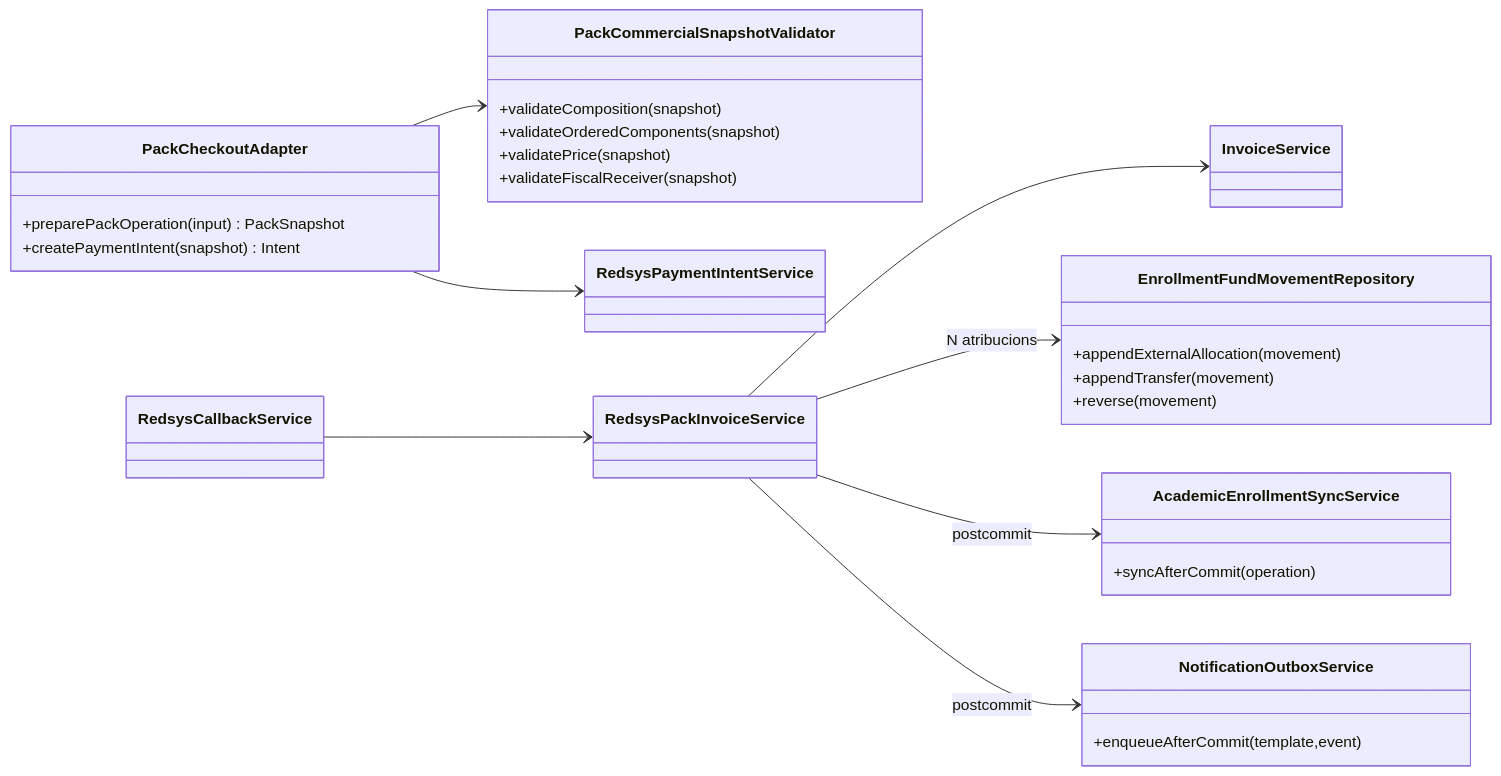
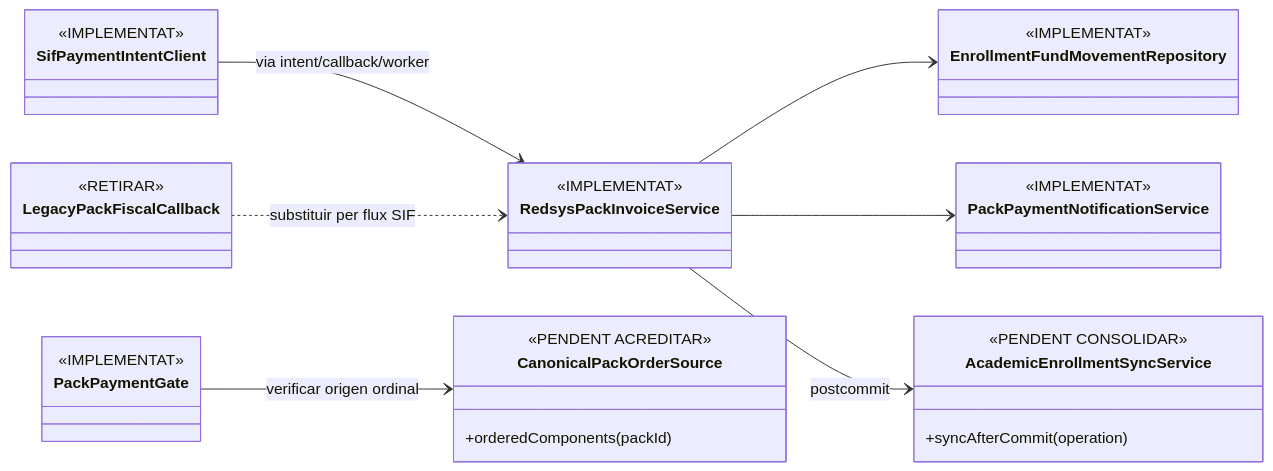
One commit to orgmeriemprismacat-del/verifactu changed the third of 3 diagrams in documentacio/07-uml-integrat/uc-015-classes-actual-final.md. Above: the diagram before and after it, drawn with Mermaid. The commit also changed other lines of this file, not shown here.

````diff
--- a/documentacio/07-uml-integrat/uc-015-classes-actual-final.md
+++ b/documentacio/07-uml-integrat/uc-015-classes-actual-final.md
@@ -116,37 +145,37 @@
 ```mermaid
 classDiagram
 direction LR
-class PackCheckoutAdapter {
-  +preparePackOperation(input) PackSnapshot
-  +createPaymentIntent(snapshot) Intent
+class PackPaymentGate {
+  <<IMPLEMENTAT>>
 }
-class PackCommercialSnapshotValidator {
-  +validateComposition(snapshot)
-  +validateOrderedComponents(snapshot)
-  +validatePrice(snapshot)
-  +validateFiscalReceiver(snapshot)
+class SifPaymentIntentClient {
+  <<IMPLEMENTAT>>
 }
-class RedsysPaymentIntentService
-class RedsysCallbackService
-class RedsysPackInvoiceService
-class InvoiceService
+class RedsysPackInvoiceService {
+  <<IMPLEMENTAT>>
+}
 class EnrollmentFundMovementRepository {
-  +appendExternalAllocation(movement)
-  +appendTransfer(movement)
-  +reverse(movement)
+  <<IMPLEMENTAT>>
+}
+class PackPaymentNotificationService {
+  <<IMPLEMENTAT>>
+}
+class LegacyPackFiscalCallback {
+  <<RETIRAR>>
+}
+class CanonicalPackOrderSource {
+  <<PENDENT ACREDITAR>>
+  +orderedComponents(packId)
 }
 class AcademicEnrollmentSyncService {
+  <<PENDENT CONSOLIDAR>>
   +syncAfterCommit(operation)
 }
-class NotificationOutboxService {
-  +enqueueAfterCommit(template,event)
-}
 
-PackCheckoutAdapter --> PackCommercialSnapshotValidator
-PackCheckoutAdapter --> RedsysPaymentIntentService
-RedsysCallbackService --> RedsysPackInvoiceService
-RedsysPackInvoiceService --> InvoiceService
-RedsysPackInvoiceService --> EnrollmentFundMovementRepository : N atribucions
+PackPaymentGate --> CanonicalPackOrderSource : verificar origen ordinal
+SifPaymentIntentClient --> RedsysPackInvoiceService : via intent/callback/worker
+RedsysPackInvoiceService --> EnrollmentFundMovementRepository
+RedsysPackInvoiceService --> PackPaymentNotificationService
 RedsysPackInvoiceService --> AcademicEnrollmentSyncService : postcommit
-RedsysPackInvoiceService --> NotificationOutboxService : postcommit
+LegacyPackFiscalCallback ..> RedsysPackInvoiceService : substituir per flux SIF
 ```
````
